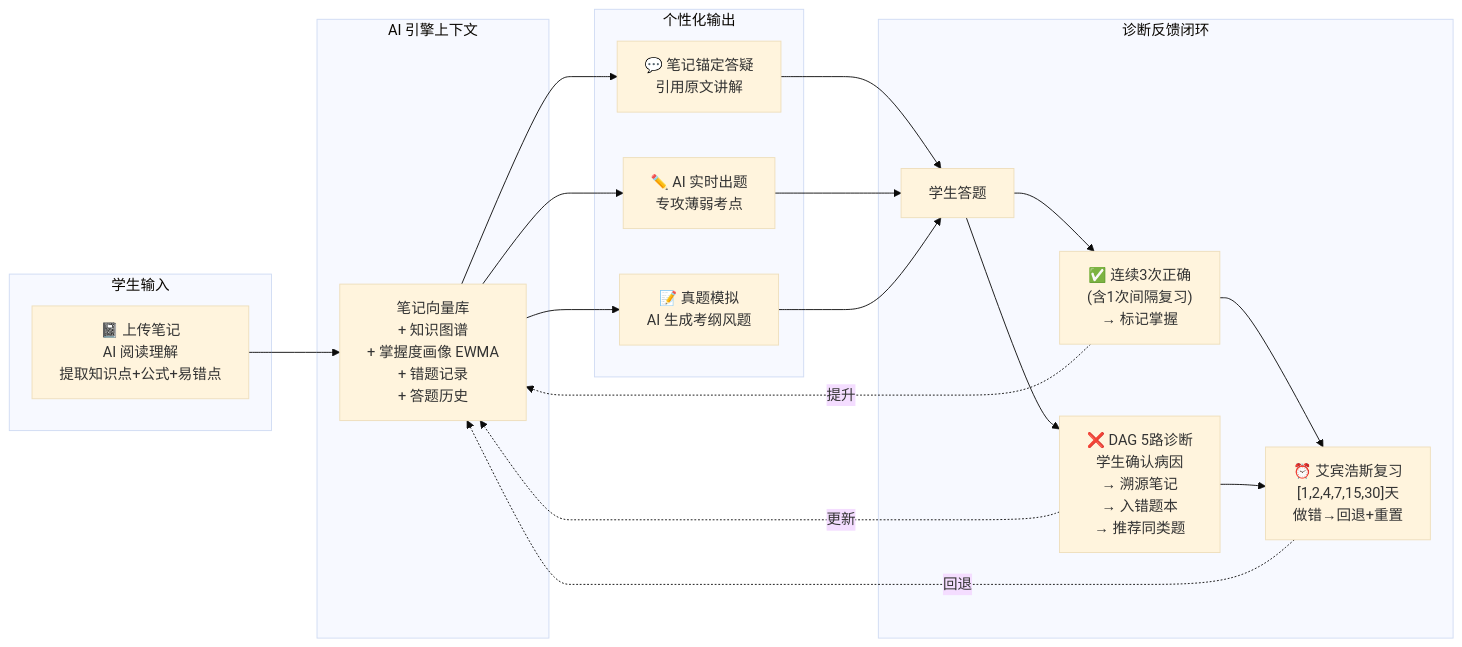
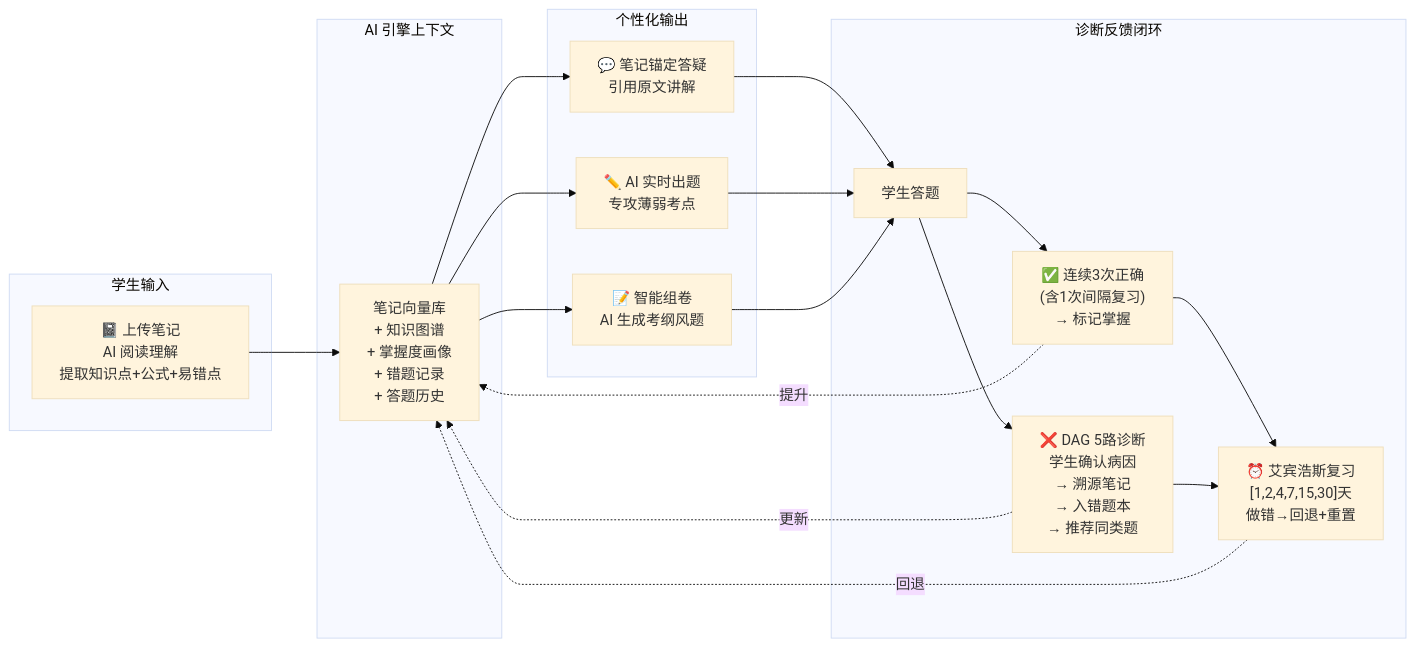
Before and after one commit to 3290744032/IRAgent: the second of 3 diagrams in README.md, drawn with Mermaid (base theme). The commit also changed other lines of this file and 2 other files, not shown here.

````diff
--- a/README.md
+++ b/README.md
@@ -101,38 +99,38 @@
 ```mermaid
 graph LR
     subgraph 输入["学生输入"]
         Notes["📓 上传笔记<br/>AI 阅读理解<br/>提取知识点+公式+易错点"]
     end
 
     subgraph 引擎["AI 引擎上下文"]
-        Context["笔记向量库<br/>+ 知识图谱<br/>+ 掌握度画像 EWMA<br/>+ 错题记录<br/>+ 答题历史"]
+        Context["笔记向量库<br/>+ 知识图谱<br/>+ 掌握度画像<br/>+ 错题记录<br/>+ 答题历史"]
     end
 
     subgraph 输出["个性化输出"]
         Chat["💬 笔记锚定答疑<br/>引用原文讲解"]
         Practice["✏️ AI 实时出题<br/>专攻薄弱考点"]
-        Exam["📝 真题模拟<br/>AI 生成考纲风题"]
+        Exam["📝 智能组卷<br/>AI 生成考纲风题"]
     end
 
     subgraph 反馈["诊断反馈闭环"]
         Answer["学生答题"]
         Correct["✅ 连续3次正确<br/>(含1次间隔复习)<br/>→ 标记掌握"]
         Wrong["❌ DAG 5路诊断<br/>学生确认病因<br/>→ 溯源笔记<br/>→ 入错题本<br/>→ 推荐同类题"]
         Review["⏰ 艾宾浩斯复习<br/>[1,2,4,7,15,30]天<br/>做错→回退+重置"]
     end
 
     Notes --> Context
     Context --> Chat
     Context --> Practice
     Context --> Exam
     Chat --> Answer
     Practice --> Answer
     Exam --> Answer
     Answer --> Correct
     Answer --> Wrong
     Correct --> Review
     Wrong --> Review
     Review -.->|回退| Context
     Correct -.->|提升| Context
     Wrong -.->|更新| Context
 ```
````
